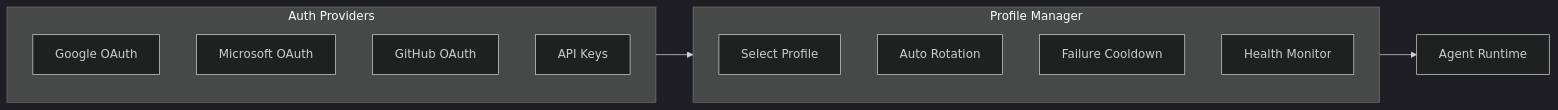
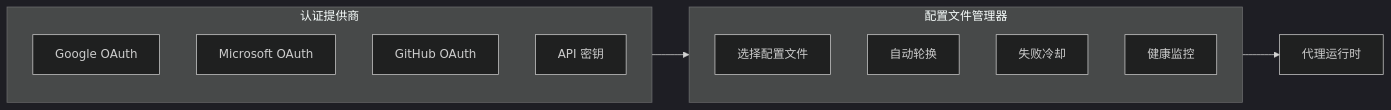
The second of 6 diagrams in src/content/docs/zh-cn/components/security-auth.md (Elarwei001/research_openclaw), drawn with Mermaid (dark theme) before and after one commit. The commit also changed other lines of this file and 70 other files, not shown here.

````diff
--- a/src/content/docs/zh-cn/components/security-auth.md
+++ b/src/content/docs/zh-cn/components/security-auth.md
@@ -49,18 +49,18 @@
 ```mermaid
 flowchart LR
-    subgraph Providers["Auth Providers"]
+    subgraph Providers["认证提供商"]
         Google["Google OAuth"]
         Microsoft["Microsoft OAuth"]
         GitHub["GitHub OAuth"]
-        Custom["API Keys"]
+        Custom["API 密钥"]
     end
     
-    subgraph Manager["Profile Manager"]
-        Select["Select Profile"]
-        Rotate["Auto Rotation"]
-        Cooldown["Failure Cooldown"]
-        Health["Health Monitor"]
+    subgraph Manager["配置文件管理器"]
+        Select["选择配置文件"]
+        Rotate["自动轮换"]
+        Cooldown["失败冷却"]
+        Health["健康监控"]
     end
     
-    Providers --> Manager --> Agent["Agent Runtime"]
+    Providers --> Manager --> Agent["代理运行时"]
 ```
````
